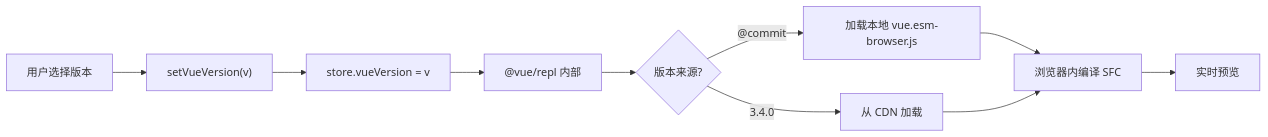
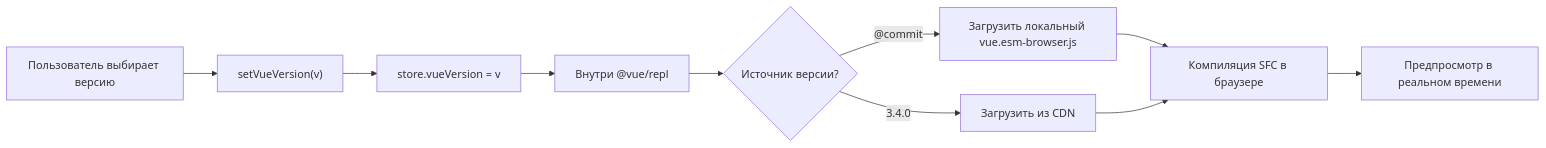
Before and after one commit to maleRjc/AiReadCodeBooks: the third of 3 diagrams in books/vue3/ru/07-reactivity-subsystem.md, drawn with Mermaid. The commit also changed other lines of this file and 74 other files, not shown here.

````diff
--- a/books/vue3/ru/07-reactivity-subsystem.md
+++ b/books/vue3/ru/07-reactivity-subsystem.md
@@ -311,12 +311,12 @@
 ```mermaid
 flowchart LR
-    user["用户选择版本"] --> setver["setVueVersion(v)"]
+    user["Пользователь выбирает версию"] --> setver["setVueVersion(v)"]
     setver --> store["store.vueVersion = v"]
-    store --> repl["@vue/repl 内部"]
-    repl --> fetch{"版本来源?"}
-    fetch -->|"@commit"| local["加载本地 vue.esm-browser.js"]
-    fetch -->|"3.4.0"| cdn["从 CDN 加载"]
-    local --> compile["浏览器内编译 SFC"]
+    store --> repl["Внутри @vue/repl"]
+    repl --> fetch{"Источник версии?"}
+    fetch -->|"@commit"| local["Загрузить локальный vue.esm-browser.js"]
+    fetch -->|"3.4.0"| cdn["Загрузить из CDN"]
+    local --> compile["Компиляция SFC в браузере"]
     cdn --> compile
-    compile --> preview["实时预览"]
+    compile --> preview["Предпросмотр в реальном времени"]
 ```
````
